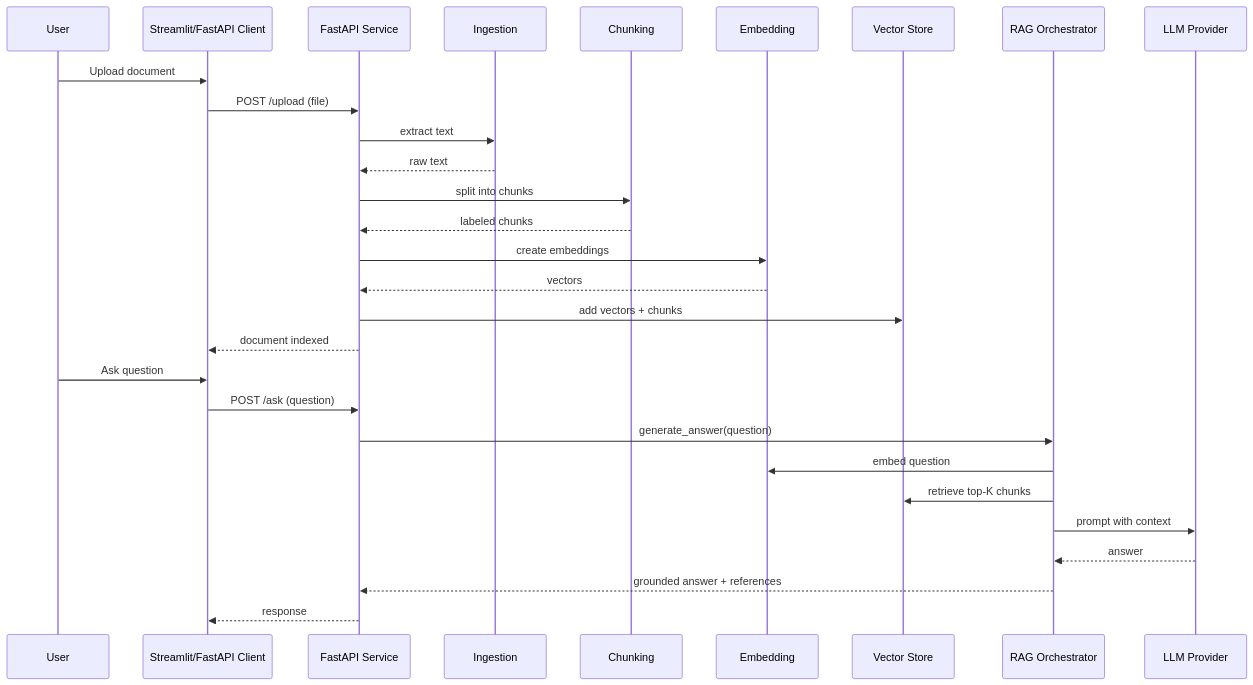
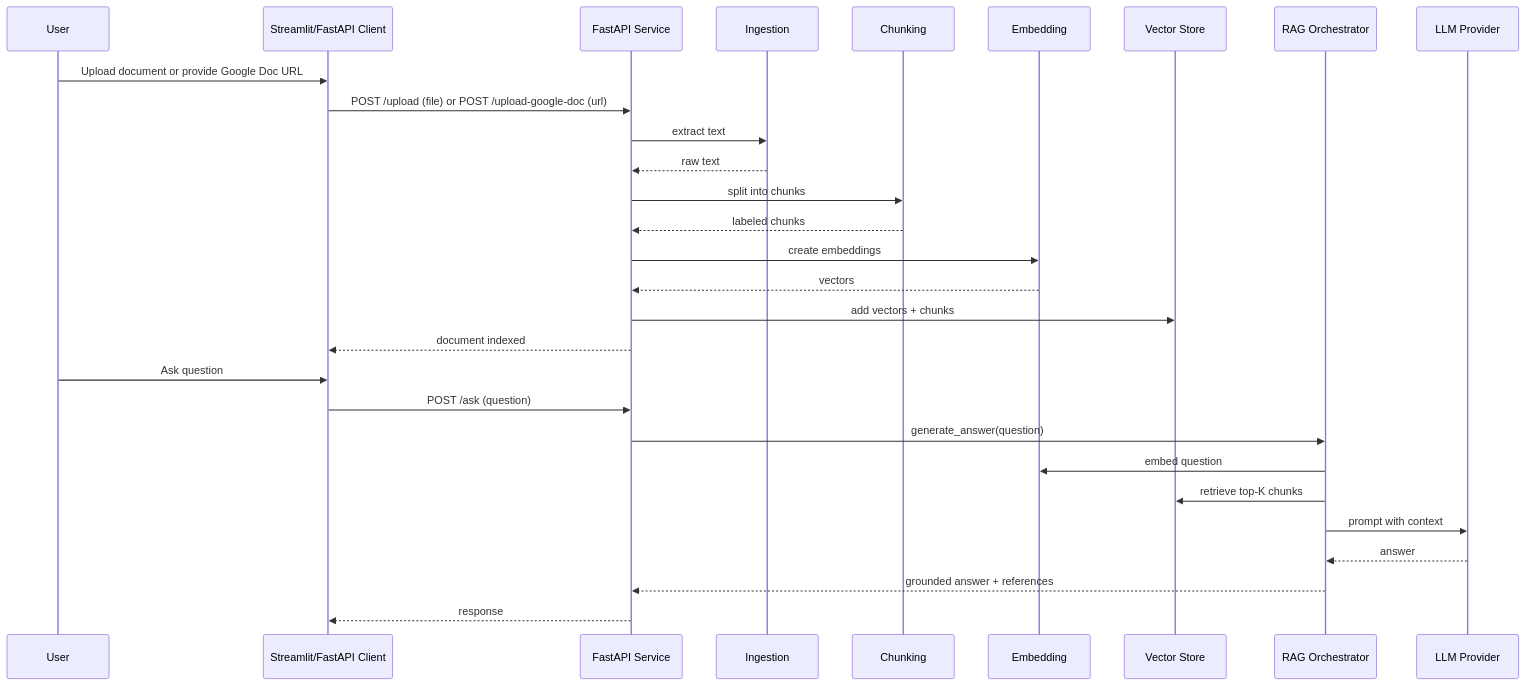
The second of 4 diagrams in Lessons Learned.md (getinetaga/rag-doc-qa-repo), drawn with Mermaid before and after one commit. The commit also changed other lines of this file and 11 other files, not shown here.

````diff
--- a/Lessons Learned.md
+++ b/Lessons Learned.md
@@ -177,33 +179,33 @@
 ```mermaid
 sequenceDiagram
     participant User
     participant UI as Streamlit/FastAPI Client
     participant API as FastAPI Service
     participant Ingest as Ingestion
     participant Chunk as Chunking
     participant Embed as Embedding
     participant Store as Vector Store
     participant RAG as RAG Orchestrator
     participant LLM as LLM Provider
 
-    User->>UI: Upload document
-    UI->>API: POST /upload (file)
+    User->>UI: Upload document or provide Google Doc URL
+    UI->>API: POST /upload (file) or POST /upload-google-doc (url)
     API->>Ingest: extract text
     Ingest-->>API: raw text
     API->>Chunk: split into chunks
     Chunk-->>API: labeled chunks
     API->>Embed: create embeddings
     Embed-->>API: vectors
     API->>Store: add vectors + chunks
     API-->>UI: document indexed
 
     User->>UI: Ask question
     UI->>API: POST /ask (question)
     API->>RAG: generate_answer(question)
     RAG->>Embed: embed question
     RAG->>Store: retrieve top-K chunks
     RAG->>LLM: prompt with context
     LLM-->>RAG: answer
     RAG-->>API: grounded answer + references
     API-->>UI: response
 ```
````
